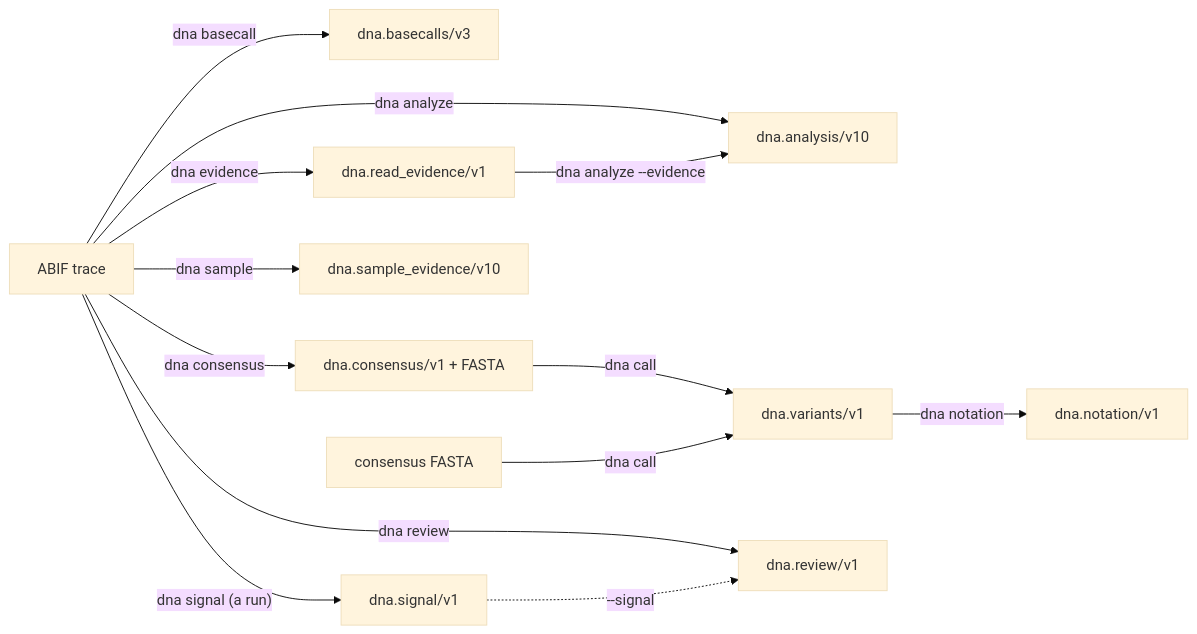
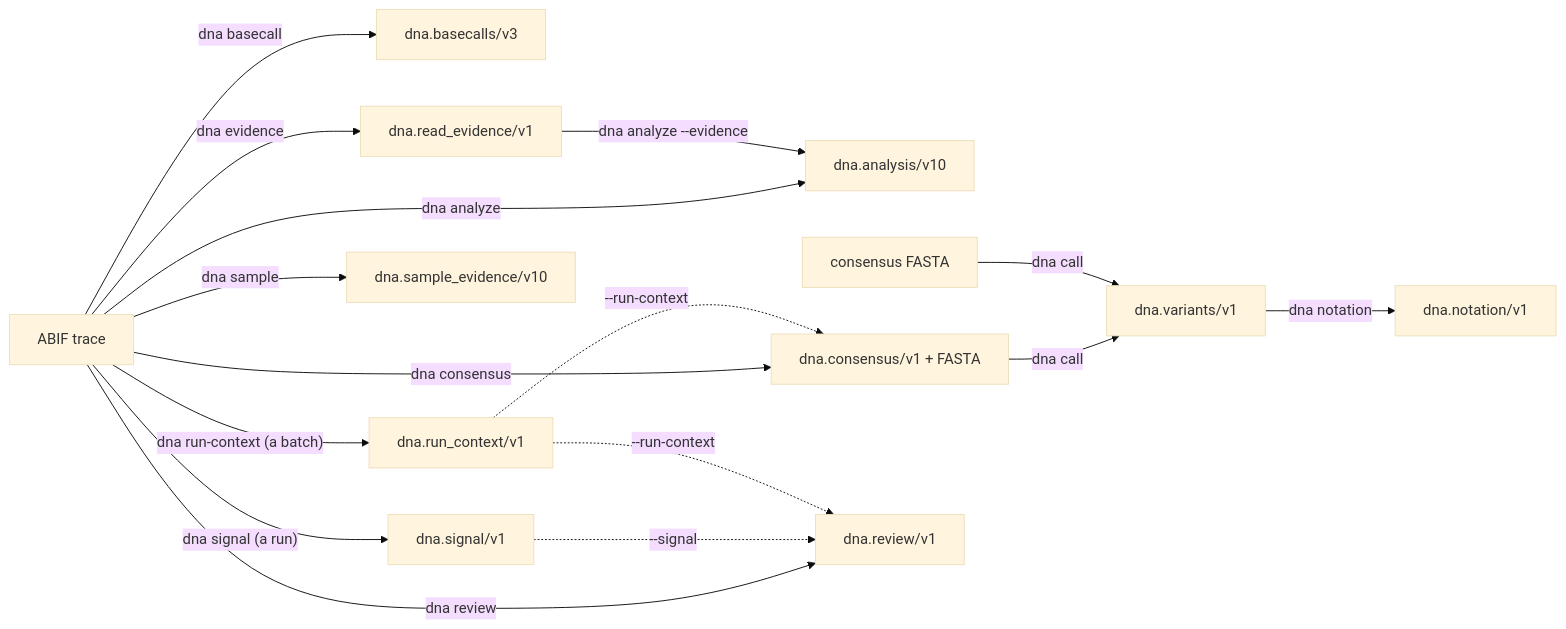
The sixth of 7 diagrams in docs/architecture/data-flow.md (tsuuanmi/DNA), drawn with Mermaid (base theme) before and after one commit. The commit also changed other lines of this file and 77 other files, not shown here.

````diff
--- a/docs/architecture/data-flow.md
+++ b/docs/architecture/data-flow.md
@@ -151,15 +151,18 @@
 ```mermaid
 flowchart LR
     trace["ABIF trace"] -->|"dna basecall"| bc["dna.basecalls/v3"]
     trace -->|"dna evidence"| ev["dna.read_evidence/v1"]
     trace -->|"dna signal (a run)"| sig["dna.signal/v1"]
     trace -->|"dna analyze"| an["dna.analysis/v10"]
     ev -->|"dna analyze --evidence"| an
     trace -->|"dna sample"| se["dna.sample_evidence/v10"]
     trace -->|"dna consensus"| cj["dna.consensus/v1 + FASTA"]
     cj -->|"dna call"| vj["dna.variants/v1"]
     fasta["consensus FASTA"] -->|"dna call"| vj
     vj -->|"dna notation"| nt["dna.notation/v1"]
     trace -->|"dna review"| rv["dna.review/v1"]
     sig -.->|"--signal"| rv
+    trace -->|"dna run-context (a batch)"| rc["dna.run_context/v1"]
+    rc -.->|"--run-context"| cj
+    rc -.->|"--run-context"| rv
 ```
````
